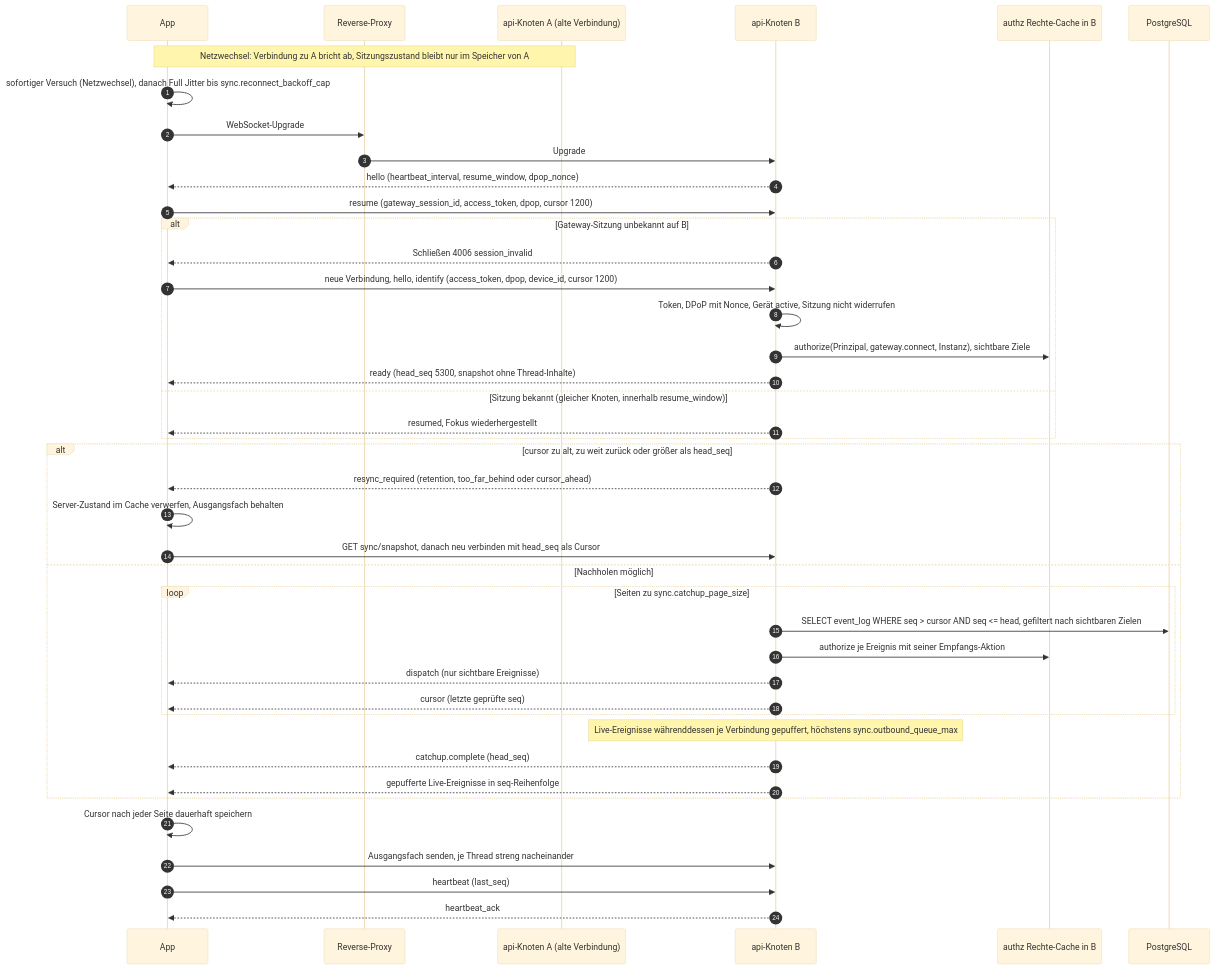
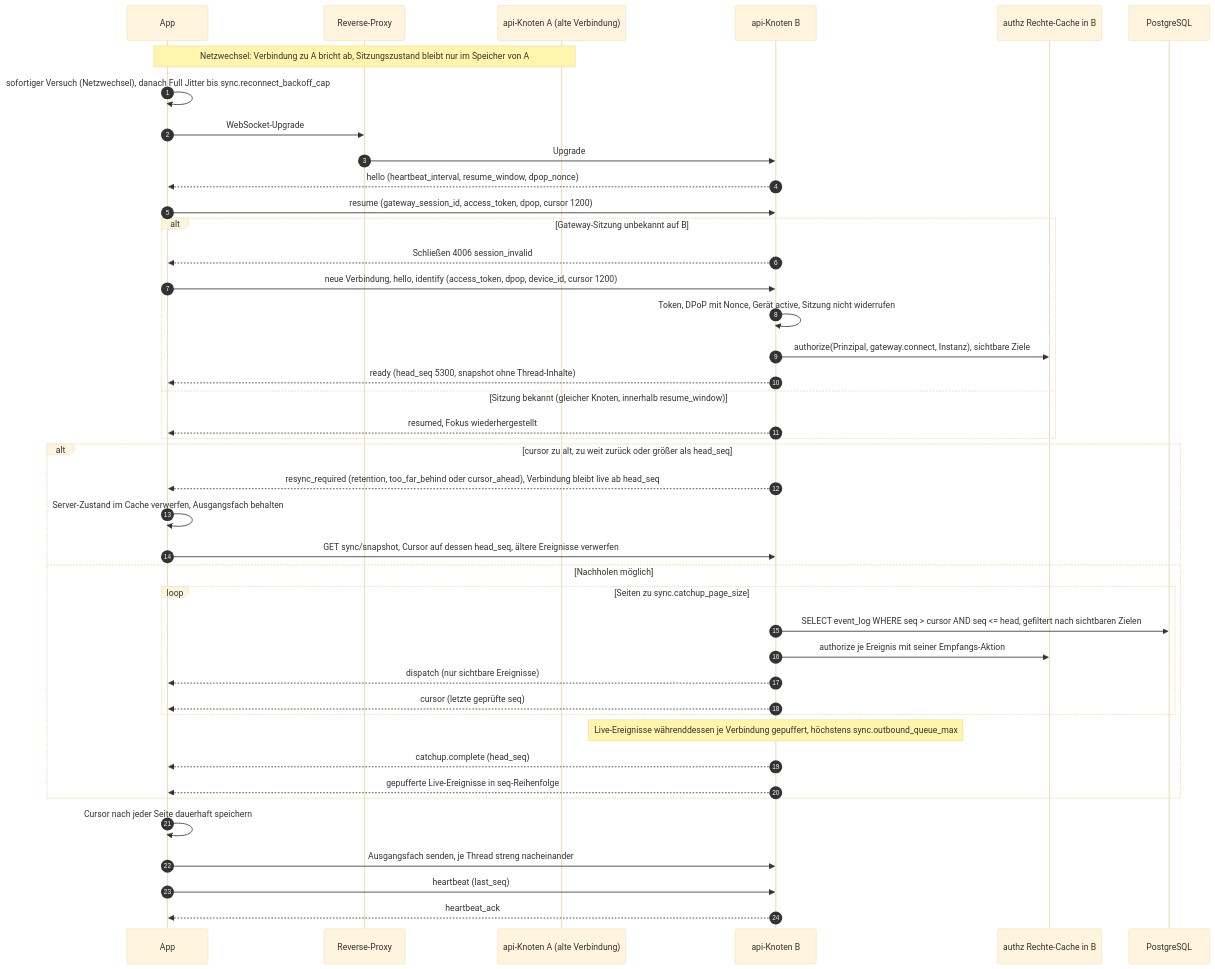
The diagram in docs/architecture/seq-3-wiederverbinden.mmd (mguttmann/bothy), drawn with Mermaid (base theme) before and after one commit. The commit also changed 7 other files, not shown here.

```diff
--- a/docs/architecture/seq-3-wiederverbinden.mmd
+++ b/docs/architecture/seq-3-wiederverbinden.mmd
@@ -1,45 +1,45 @@
 %% Wiederverbinden mit Nachholen, auch wenn der Client auf einem anderen api-Knoten landet.
 %% Regeln aus 04-sync-protokoll.md Abschnitt 6 und 7.
 sequenceDiagram
   autonumber
   participant C as App
   participant LB as Reverse-Proxy
   participant GA as api-Knoten A (alte Verbindung)
   participant GB as api-Knoten B
   participant AZ as authz Rechte-Cache in B
   participant DB as PostgreSQL
 
   Note over C,GA: Netzwechsel: Verbindung zu A bricht ab, Sitzungszustand bleibt nur im Speicher von A
   C->>C: sofortiger Versuch (Netzwechsel), danach Full Jitter bis sync.reconnect_backoff_cap
   C->>LB: WebSocket-Upgrade
   LB->>GB: Upgrade
   GB-->>C: hello (heartbeat_interval, resume_window, dpop_nonce)
   C->>GB: resume (gateway_session_id, access_token, dpop, cursor 1200)
   alt Gateway-Sitzung unbekannt auf B
     GB-->>C: Schließen 4006 session_invalid
     C->>GB: neue Verbindung, hello, identify (access_token, dpop, device_id, cursor 1200)
     GB->>GB: Token, DPoP mit Nonce, Gerät active, Sitzung nicht widerrufen
     GB->>AZ: authorize(Prinzipal, gateway.connect, Instanz), sichtbare Ziele
     GB-->>C: ready (head_seq 5300, snapshot ohne Thread-Inhalte)
   else Sitzung bekannt (gleicher Knoten, innerhalb resume_window)
     GB-->>C: resumed, Fokus wiederhergestellt
   end
   alt cursor zu alt, zu weit zurück oder größer als head_seq
-    GB-->>C: resync_required (retention, too_far_behind oder cursor_ahead)
+    GB-->>C: resync_required (retention, too_far_behind oder cursor_ahead), Verbindung bleibt live ab head_seq
     C->>C: Server-Zustand im Cache verwerfen, Ausgangsfach behalten
-    C->>GB: GET sync/snapshot, danach neu verbinden mit head_seq als Cursor
+    C->>GB: GET sync/snapshot, Cursor auf dessen head_seq, ältere Ereignisse verwerfen
   else Nachholen möglich
     loop Seiten zu sync.catchup_page_size
       GB->>DB: SELECT event_log WHERE seq > cursor AND seq <= head, gefiltert nach sichtbaren Zielen
       GB->>AZ: authorize je Ereignis mit seiner Empfangs-Aktion
       GB-->>C: dispatch (nur sichtbare Ereignisse)
       GB-->>C: cursor (letzte geprüfte seq)
     end
     Note over GB: Live-Ereignisse währenddessen je Verbindung gepuffert, höchstens sync.outbound_queue_max
     GB-->>C: catchup.complete (head_seq)
     GB-->>C: gepufferte Live-Ereignisse in seq-Reihenfolge
   end
   C->>C: Cursor nach jeder Seite dauerhaft speichern
   C->>GB: Ausgangsfach senden, je Thread streng nacheinander
   C->>GB: heartbeat (last_seq)
   GB-->>C: heartbeat_ack
```
